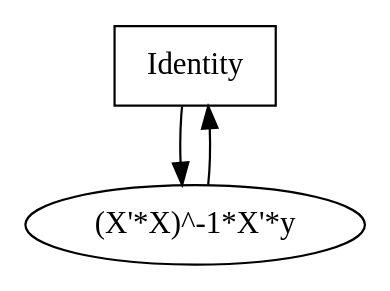
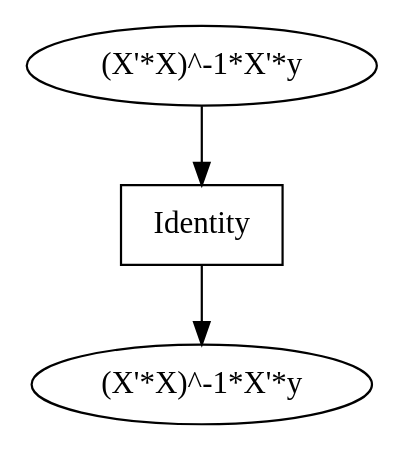
The diagram in images/hat0.dot (mrocklin/thesis), drawn with Graphviz before and after one commit.

Commit message:
add space to identity computation dot file

```diff
--- a/images/hat0.dot
+++ b/images/hat0.dot
@@ -1,7 +1,7 @@
 digraph{
 	rankdir=TD
 	"[(X'*X)^-1*X'*y] -> Identity -> [(X'*X)^-1*X'*y]" [shape=box, label=Identity]
 
-	"(X'*X)^-1*X'*y" -> "[(X'*X)^-1*X'*y] -> Identity -> [(X'*X)^-1*X'*y]"
+	"(X'*X)^-1*X'*y " -> "[(X'*X)^-1*X'*y] -> Identity -> [(X'*X)^-1*X'*y]"
 	"[(X'*X)^-1*X'*y] -> Identity -> [(X'*X)^-1*X'*y]" -> "(X'*X)^-1*X'*y"
 }
```
